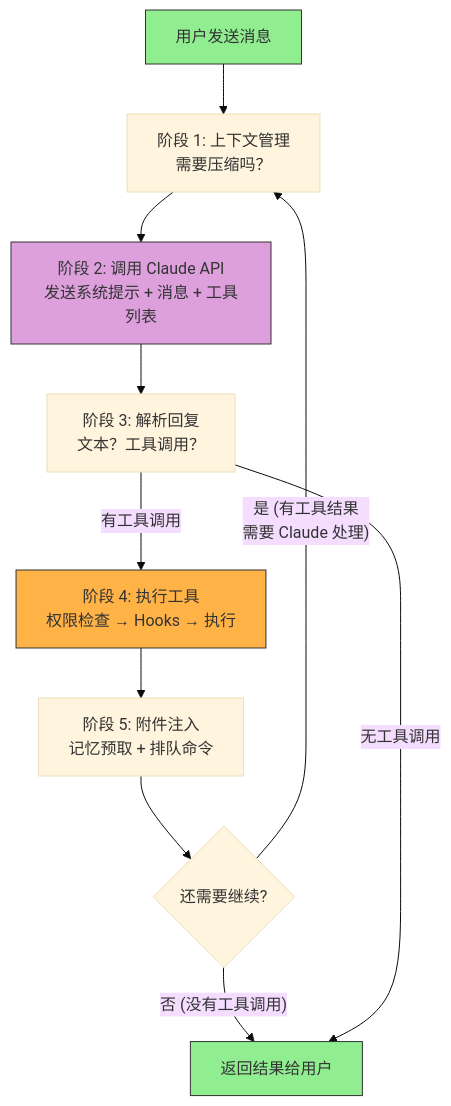
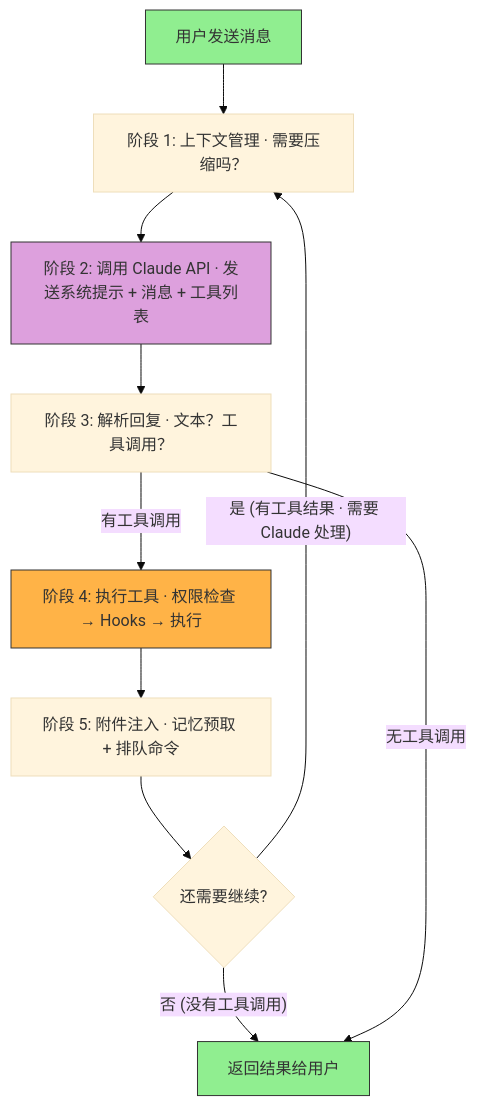
One commit to turf0909/sleep-code changed the seventh of 30 diagrams in CLAUDE_CODE_BOOK.md. Above: the diagram before and after it, drawn with Mermaid (base theme). The commit also changed other lines of this file, not shown here.

First line of the commit message:
docs: major expansion and fact-check of Claude Code architecture book

````diff
--- a/CLAUDE_CODE_BOOK.md
+++ b/CLAUDE_CODE_BOOK.md
@@ -720,17 +717,17 @@
 ```mermaid
 flowchart TD
-    START["用户发送消息"] --> COMPACT["阶段 1: 上下文管理<br/>需要压缩吗？"]
-    COMPACT --> API["阶段 2: 调用 Claude API<br/>发送系统提示 + 消息 + 工具列表"]
-    API --> PARSE["阶段 3: 解析回复<br/>文本？工具调用？"]
-    PARSE -->|"有工具调用"| EXEC["阶段 4: 执行工具<br/>权限检查 → Hooks → 执行"]
-    EXEC --> ATTACH["阶段 5: 附件注入<br/>记忆预取 + 排队命令"]
+    START["用户发送消息"] --> COMPACT["阶段 1: 上下文管理 · 需要压缩吗？"]
+    COMPACT --> API["阶段 2: 调用 Claude API · 发送系统提示 + 消息 + 工具列表"]
+    API --> PARSE["阶段 3: 解析回复 · 文本？工具调用？"]
+    PARSE -->|"有工具调用"| EXEC["阶段 4: 执行工具 · 权限检查 → Hooks → 执行"]
+    EXEC --> ATTACH["阶段 5: 附件注入 · 记忆预取 + 排队命令"]
     ATTACH --> DECIDE{"还需要继续?"}
-    DECIDE -->|"是 (有工具结果<br/>需要 Claude 处理)"| COMPACT
+    DECIDE -->|"是 (有工具结果 · 需要 Claude 处理)"| COMPACT
     DECIDE -->|"否 (没有工具调用)"| END["返回结果给用户"]
     PARSE -->|"无工具调用"| END
 
     style START fill:#90EE90,stroke:#333,color:#333
     style END fill:#90EE90,stroke:#333,color:#333
     style API fill:#DDA0DD,stroke:#333,color:#333
     style EXEC fill:#FFB347,stroke:#333,color:#333
 ```
````
